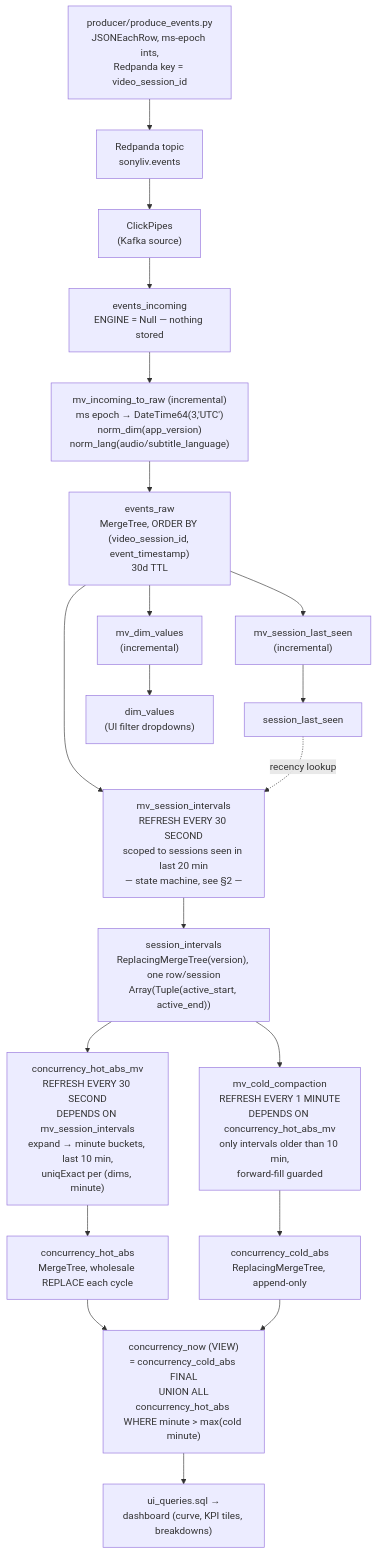
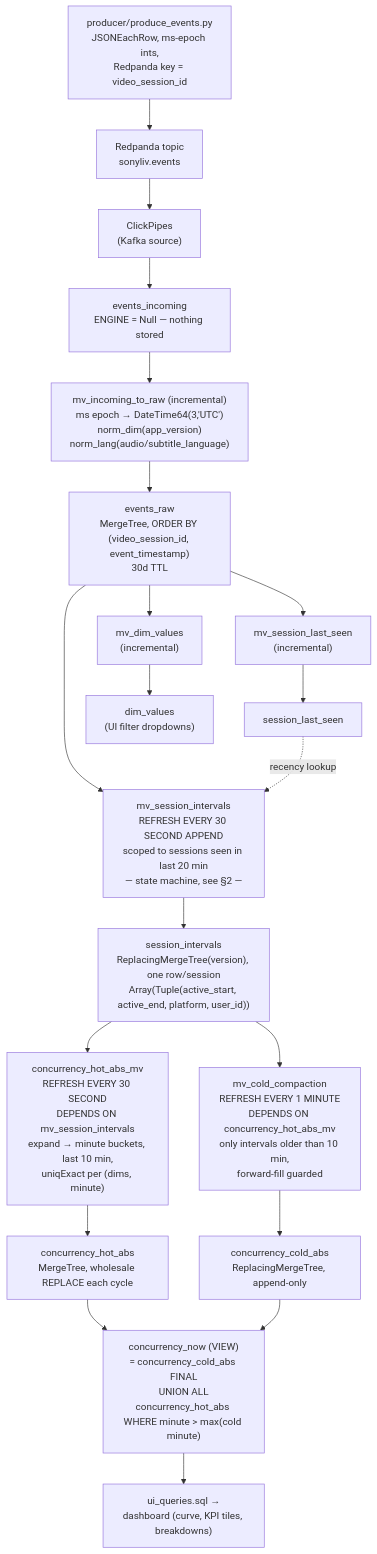
Before and after one commit to themonikanayak/click-a-thon-26-submissions: the first of 4 diagrams in Snorlax/docs/DATA_FLOW.md, drawn with Mermaid. The commit also changed other lines of this file and 20 other files, not shown here.

First line of the commit message:
Schema fixes content dict and migrations path (#6)

````diff
--- a/Snorlax/docs/DATA_FLOW.md
+++ b/Snorlax/docs/DATA_FLOW.md
@@ -8,37 +8,37 @@
 ```mermaid
 flowchart TD
     PROD["producer/produce_events.py<br/>JSONEachRow, ms-epoch ints,<br/>Redpanda key = video_session_id"]
     RP["Redpanda topic<br/>sonyliv.events"]
     CP["ClickPipes<br/>(Kafka source)"]
     EI["events_incoming<br/>ENGINE = Null — nothing stored"]
     MVI["mv_incoming_to_raw (incremental)<br/>ms epoch → DateTime64(3,'UTC')<br/>norm_dim(app_version)<br/>norm_lang(audio/subtitle_language)"]
     ER["events_raw<br/>MergeTree, ORDER BY (video_session_id, event_timestamp)<br/>30d TTL"]
 
     MVLS["mv_session_last_seen<br/>(incremental)"]
     SLS["session_last_seen"]
     MVDV["mv_dim_values<br/>(incremental)"]
     DV["dim_values<br/>(UI filter dropdowns)"]
 
-    MVSI["mv_session_intervals<br/>REFRESH EVERY 30 SECOND<br/>scoped to sessions seen in last 20 min<br/>— state machine, see §2 —"]
-    SI["session_intervals<br/>ReplacingMergeTree(version), one row/session<br/>Array(Tuple(active_start, active_end))"]
+    MVSI["mv_session_intervals<br/>REFRESH EVERY 30 SECOND APPEND<br/>scoped to sessions seen in last 20 min<br/>— state machine, see §2 —"]
+    SI["session_intervals<br/>ReplacingMergeTree(version), one row/session<br/>Array(Tuple(active_start, active_end, platform, user_id))"]
 
     HOTMV["concurrency_hot_abs_mv<br/>REFRESH EVERY 30 SECOND<br/>DEPENDS ON mv_session_intervals<br/>expand → minute buckets, last 10 min,<br/>uniqExact per (dims, minute)"]
     HOT["concurrency_hot_abs<br/>MergeTree, wholesale REPLACE each cycle"]
 
     COLDMV["mv_cold_compaction<br/>REFRESH EVERY 1 MINUTE<br/>DEPENDS ON concurrency_hot_abs_mv<br/>only intervals older than 10 min,<br/>forward-fill guarded"]
     COLD["concurrency_cold_abs<br/>ReplacingMergeTree, append-only"]
 
     NOW["concurrency_now (VIEW)<br/>= concurrency_cold_abs FINAL<br/>UNION ALL<br/>concurrency_hot_abs WHERE minute &gt; max(cold minute)"]
     UI["ui_queries.sql →<br/>dashboard (curve, KPI tiles, breakdowns)"]
 
     PROD --> RP --> CP --> EI --> MVI --> ER
     ER --> MVLS --> SLS
     ER --> MVDV --> DV
     ER --> MVSI --> SI
     SLS -. recency lookup .-> MVSI
     SI --> HOTMV --> HOT
     SI --> COLDMV --> COLD
     HOT --> NOW
     COLD --> NOW
     NOW --> UI
 ```
````
